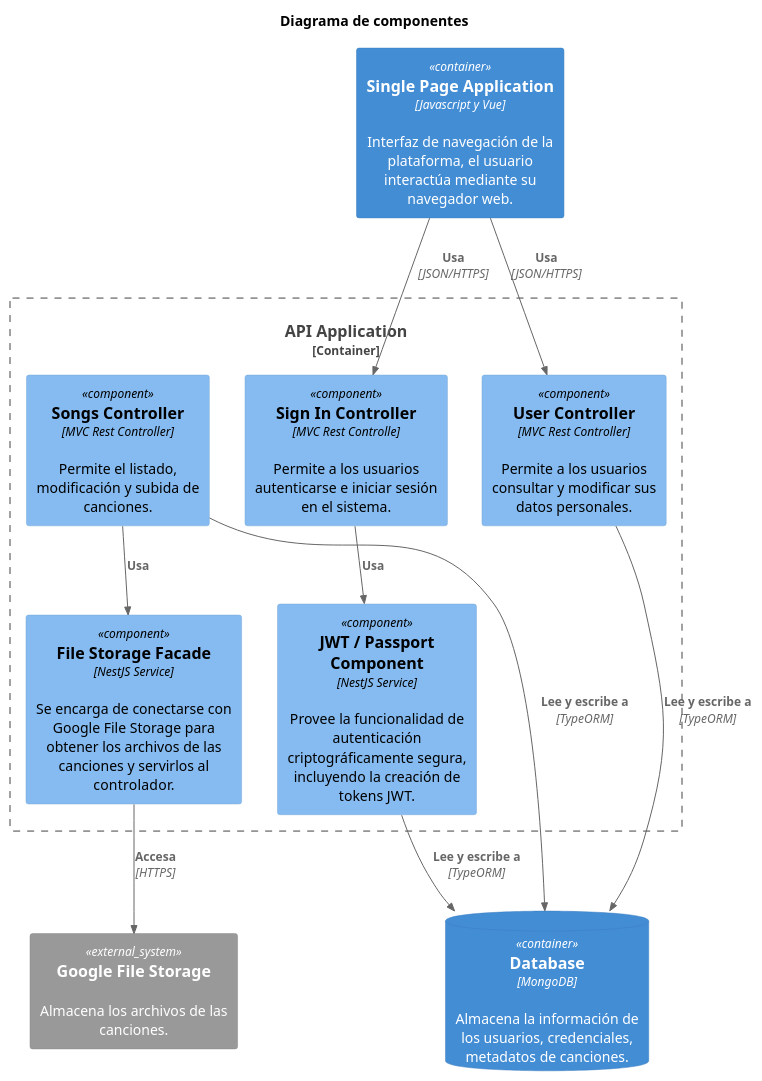
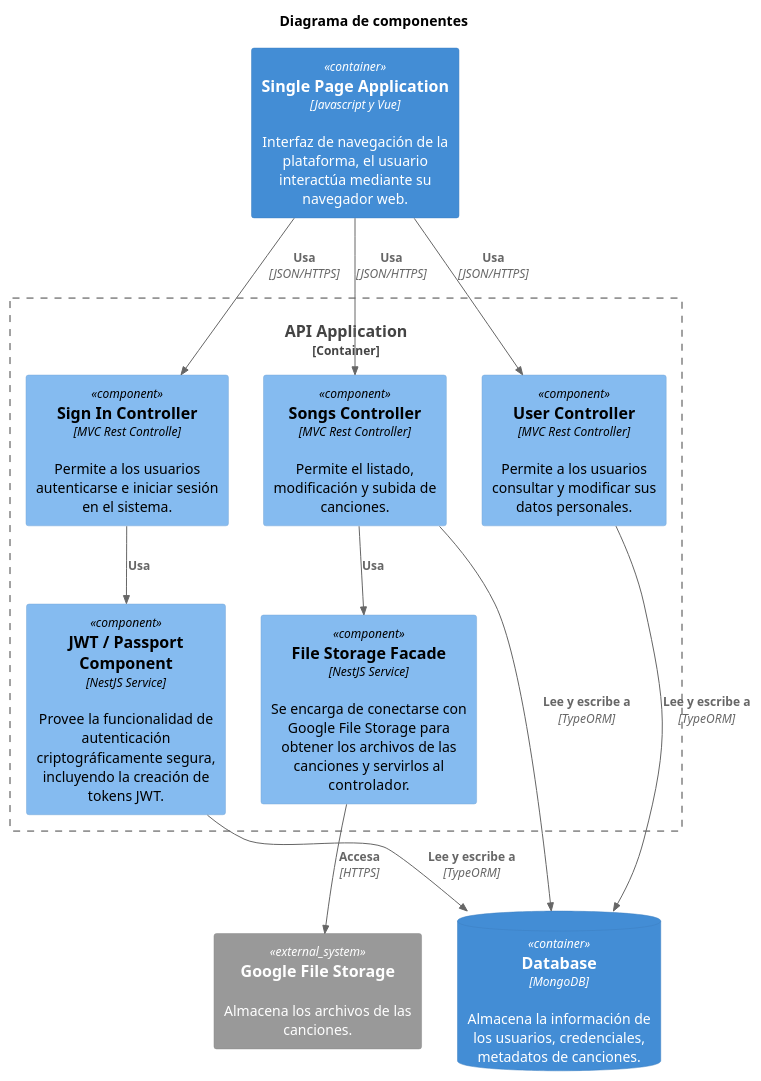
The diagram in c4/level3.puml (Danicast-c/soa-karaoke-client), drawn with PlantUML before and after one commit.

```diff
--- a/c4/level3.puml
+++ b/c4/level3.puml
@@ -1,31 +1,32 @@
 @startuml level3
 !include https://raw.githubusercontent.com/plantuml-stdlib/C4-PlantUML/master/C4_Component.puml
 ' uncomment the following line and comment the first to use locally
 ' !include C4_Component.puml
 
 ' LAYOUT_WITH_LEGEND()
 
 title Diagrama de componentes
 
 Container(spa, "Single Page Application", "Javascript y Vue", "Interfaz de navegación de la plataforma, el usuario interactúa mediante su navegador web.")
 ContainerDb(db, "Database", "MongoDB", "Almacena la información de los usuarios, credenciales, metadatos de canciones.")
 System_Ext(gfs, "Google File Storage", "Almacena los archivos de las canciones.")
 
 Container_Boundary(api, "API Application") {
     Component(sign, "Sign In Controller", "MVC Rest Controlle", "Permite a los usuarios autenticarse e iniciar sesión en el sistema.")
     Component(accounts, "User Controller", "MVC Rest Controller", "Permite a los usuarios consultar y modificar sus datos personales.")
     Component(songs, "Songs Controller", "MVC Rest Controller", "Permite el listado, modificación y subida de canciones.")
     Component(security, "JWT / Passport Component", "NestJS Service", "Provee la funcionalidad de autenticación criptográficamente segura, incluyendo la creación de tokens JWT.")
     Component(filefacade, "File Storage Facade", "NestJS Service", "Se encarga de conectarse con Google File Storage para obtener los archivos de las canciones y servirlos al controlador.")
 
     Rel(sign, security, "Usa")
     Rel(songs, filefacade, "Usa")
     Rel(security, db, "Lee y escribe a", "TypeORM")
     Rel(songs, db, "Lee y escribe a", "TypeORM")
     Rel(accounts, db, "Lee y escribe a", "TypeORM")
     Rel(filefacade, gfs, "Accesa", "HTTPS")
 }
 
 Rel(spa, sign, "Usa", "JSON/HTTPS")
 Rel(spa, accounts, "Usa", "JSON/HTTPS")
+Rel(spa, songs, "Usa", "JSON/HTTPS")
 @enduml
```
